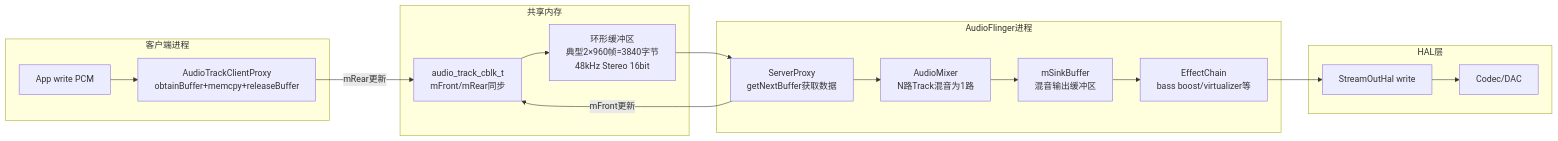
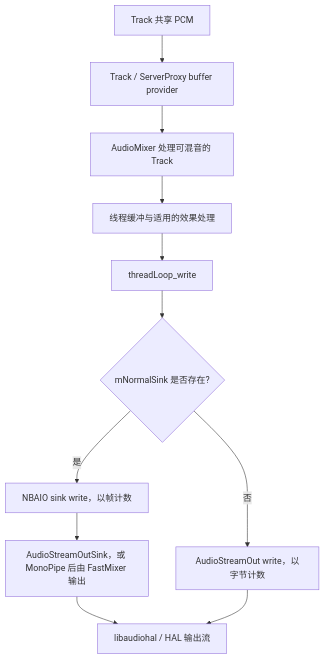
Before and after one commit to yanglinzhen1022/SA8295_AAOS_QNX_Audio_KnowledgeBase: the third of 3 diagrams in 05_AudioFlinger/05_5.9_音乐播放全栈调用链.md, drawn with Mermaid. The commit also changed other lines of this file and 11 other files, not shown here.

````diff
--- a/05_AudioFlinger/05_5.9_音乐播放全栈调用链.md
+++ b/05_AudioFlinger/05_5.9_音乐播放全栈调用链.md
@@ -880,34 +133,13 @@
 ```mermaid
-graph LR
-    subgraph 客户端进程
-        App[App write PCM] --> Proxy[AudioTrackClientProxy<br>obtainBuffer+memcpy+releaseBuffer]
-    end
-
-    subgraph 共享内存
-        Cblk[audio_track_cblk_t<br>mFront/mRear同步]
-        Buf[环形缓冲区<br>典型2×960帧=3840字节<br>48kHz Stereo 16bit]
-    end
-
-    subgraph AudioFlinger进程
-        SP[ServerProxy<br>getNextBuffer获取数据]
-        AM[AudioMixer<br>N路Track混音为1路]
-        EC[EffectChain<br>bass boost/virtualizer等]
-        Sink[mSinkBuffer<br>混音输出缓冲区]
-    end
-
-    subgraph HAL层
-        HALOut[StreamOutHal write]
-        Codec[Codec/DAC]
-    end
-
-    Proxy -->|mRear更新| Cblk
-    Cblk --> Buf
-    Buf --> SP
-    SP --> AM
-    AM --> Sink
-    Sink --> EC
-    EC --> HALOut
-    HALOut --> Codec
-
-    SP -->|mFront更新| Cblk
+flowchart TD
+    T[Track 共享 PCM] --> P[Track / ServerProxy buffer provider]
+    P --> M[AudioMixer 处理可混音的 Track]
+    M --> E[线程缓冲与适用的效果处理]
+    E --> W[threadLoop_write]
+    W --> Q{mNormalSink 是否存在?}
+    Q -->|是| N[NBAIO sink write，以帧计数]
+    N --> S[AudioStreamOutSink，或 MonoPipe 后由 FastMixer 输出]
+    Q -->|否| H[AudioStreamOut write，以字节计数]
+    S --> L[libaudiohal / HAL 输出流]
+    H --> L
 ```
````
